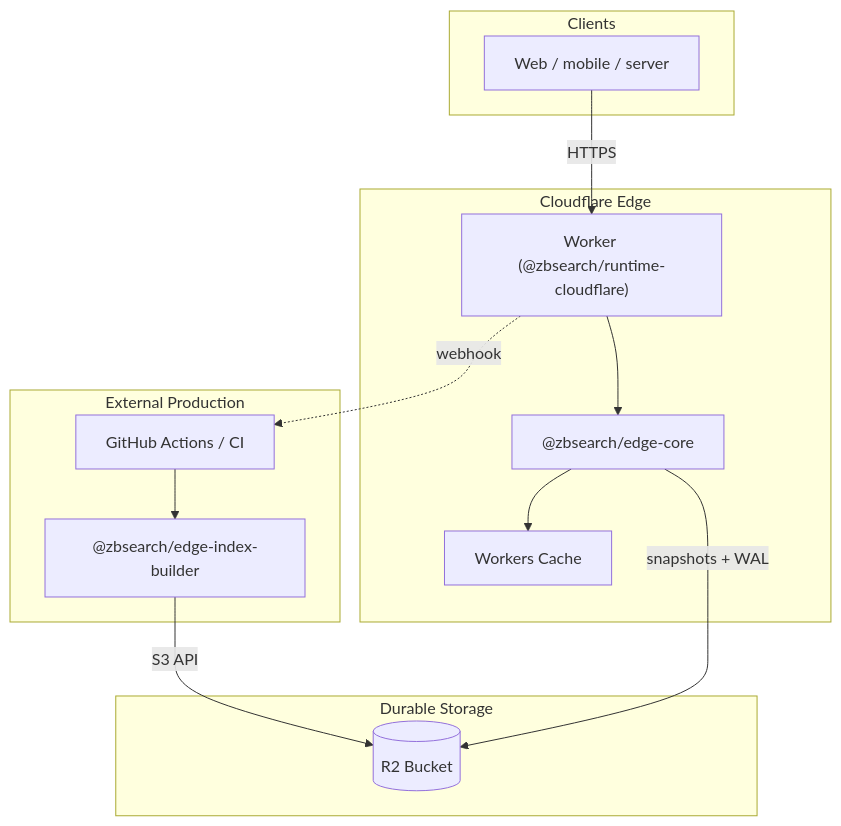
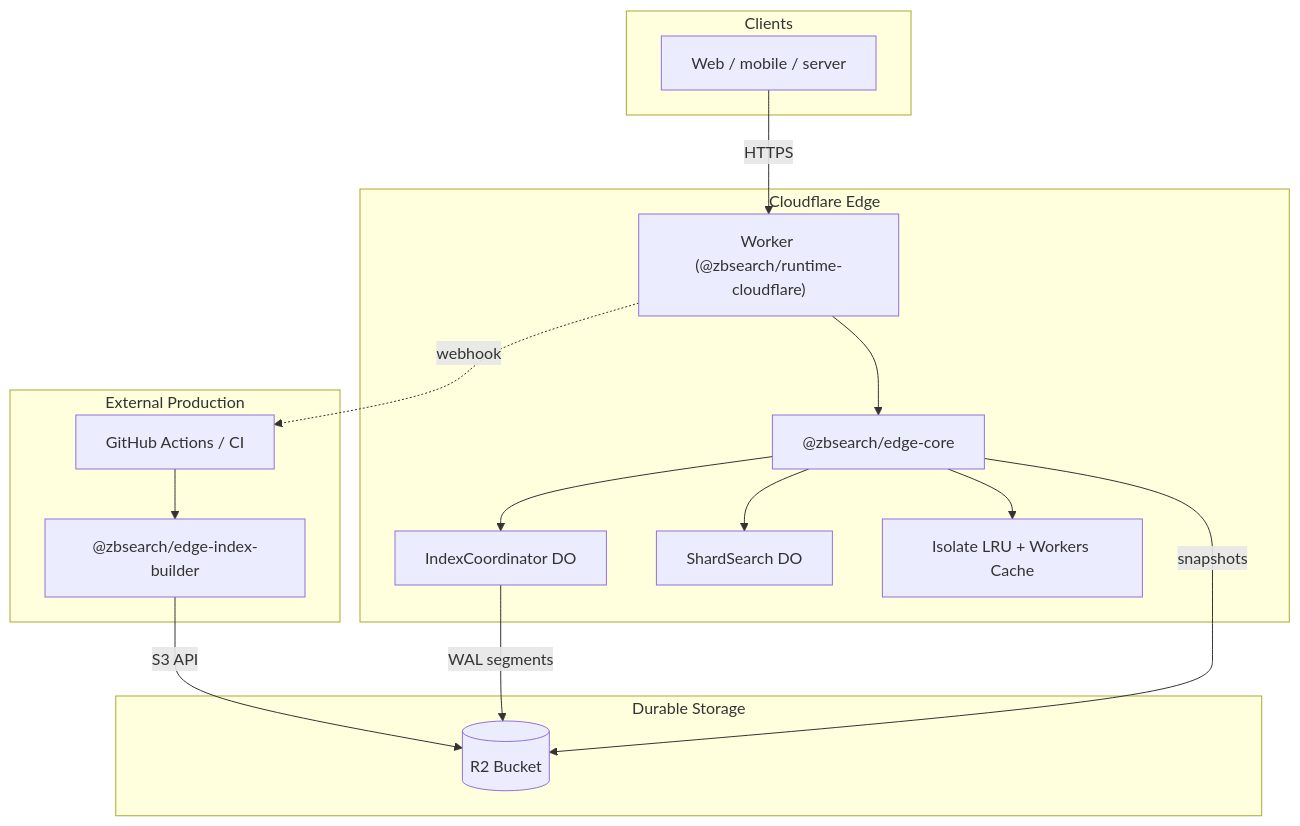
Before and after one commit to micheleriva/zbsearch: the first of 2 diagrams in apps/docs/content/blog/deploying-zbsearch-to-cloudflare.mdx, drawn with Mermaid. The commit also changed other lines of this file and 1 other file, not shown here.

````diff
--- a/apps/docs/content/blog/deploying-zbsearch-to-cloudflare.mdx
+++ b/apps/docs/content/blog/deploying-zbsearch-to-cloudflare.mdx
@@ -31,29 +27,34 @@
 ```mermaid
 flowchart TB
   subgraph clients [Clients]
     App[Web / mobile / server]
   end
 
   subgraph edge [Cloudflare Edge]
     Worker["Worker (@zbsearch/runtime-cloudflare)"]
-    Cache[Workers Cache]
+    Coord[IndexCoordinator DO]
+    SearchDO[ShardSearch DO]
+    Cache[Isolate LRU + Workers Cache]
     Core["@zbsearch/edge-core"]
     Worker --> Core
+    Core --> Coord
+    Core --> SearchDO
     Core --> Cache
   end
 
   subgraph storage [Durable Storage]
     R2[(R2 Bucket)]
   end
 
   subgraph external [External Production]
     CI[GitHub Actions / CI]
     Builder["@zbsearch/edge-index-builder"]
     CI --> Builder
     Builder -->|S3 API| R2
   end
 
   App -->|HTTPS| Worker
-  Core -->|snapshots + WAL| R2
+  Coord -->|WAL segments| R2
+  Core -->|snapshots| R2
   Worker -.->|webhook| CI
 ```
````
